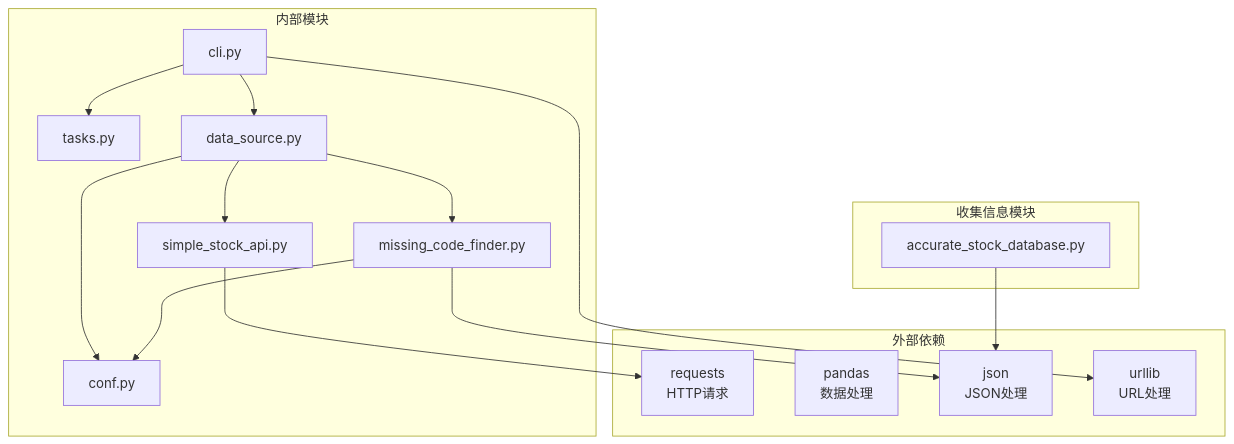
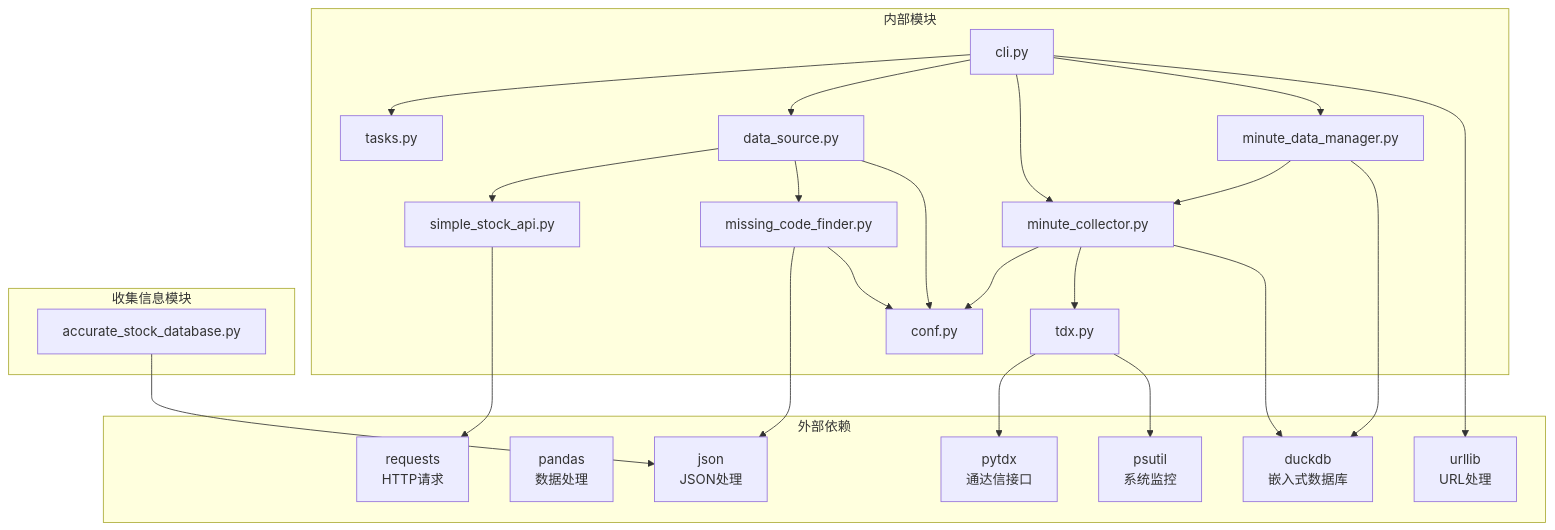
Before and after one commit to ldeng76/quant-ETF: the eighth of 8 diagrams in .qoder/repowiki/zh/content/CLI命令参考/实用工具命令.md, drawn with Mermaid. The commit also changed other lines of this file and 18 other files, not shown here.

````diff
--- a/.qoder/repowiki/zh/content/CLI命令参考/实用工具命令.md
+++ b/.qoder/repowiki/zh/content/CLI命令参考/实用工具命令.md
@@ -345,30 +466,45 @@
 ```mermaid
 graph TB
 subgraph "外部依赖"
 Requests[requests<br/>HTTP请求]
 Pandas[pandas<br/>数据处理]
 Json[json<br/>JSON处理]
 Urllib[urllib<br/>URL处理]
+DuckDB[duckdb<br/>嵌入式数据库]
+PyTDX[pytdx<br/>通达信接口]
+PsUtil[psutil<br/>系统监控]
 end
 subgraph "内部模块"
 CLI[cli.py]
 Tasks[tasks.py]
 DataSource[data_source.py]
 Config[conf.py]
 API[simple_stock_api.py]
 Finder[missing_code_finder.py]
+MinuteCollector[minute_collector.py]
+MinuteManager[minute_data_manager.py]
+TDX[tdx.py]
 end
 subgraph "收集信息模块"
 Accurate[accurate_stock_database.py]
 end
 CLI --> Tasks
 CLI --> DataSource
+CLI --> MinuteCollector
+CLI --> MinuteManager
 DataSource --> API
 DataSource --> Finder
 DataSource --> Config
+MinuteCollector --> Config
+MinuteCollector --> TDX
+MinuteManager --> MinuteCollector
 API --> Requests
 Finder --> Json
 CLI --> Urllib
 Finder --> Config
 Accurate --> Json
+TDX --> PyTDX
+TDX --> PsUtil
+MinuteCollector --> DuckDB
+MinuteManager --> DuckDB
 ```
````
